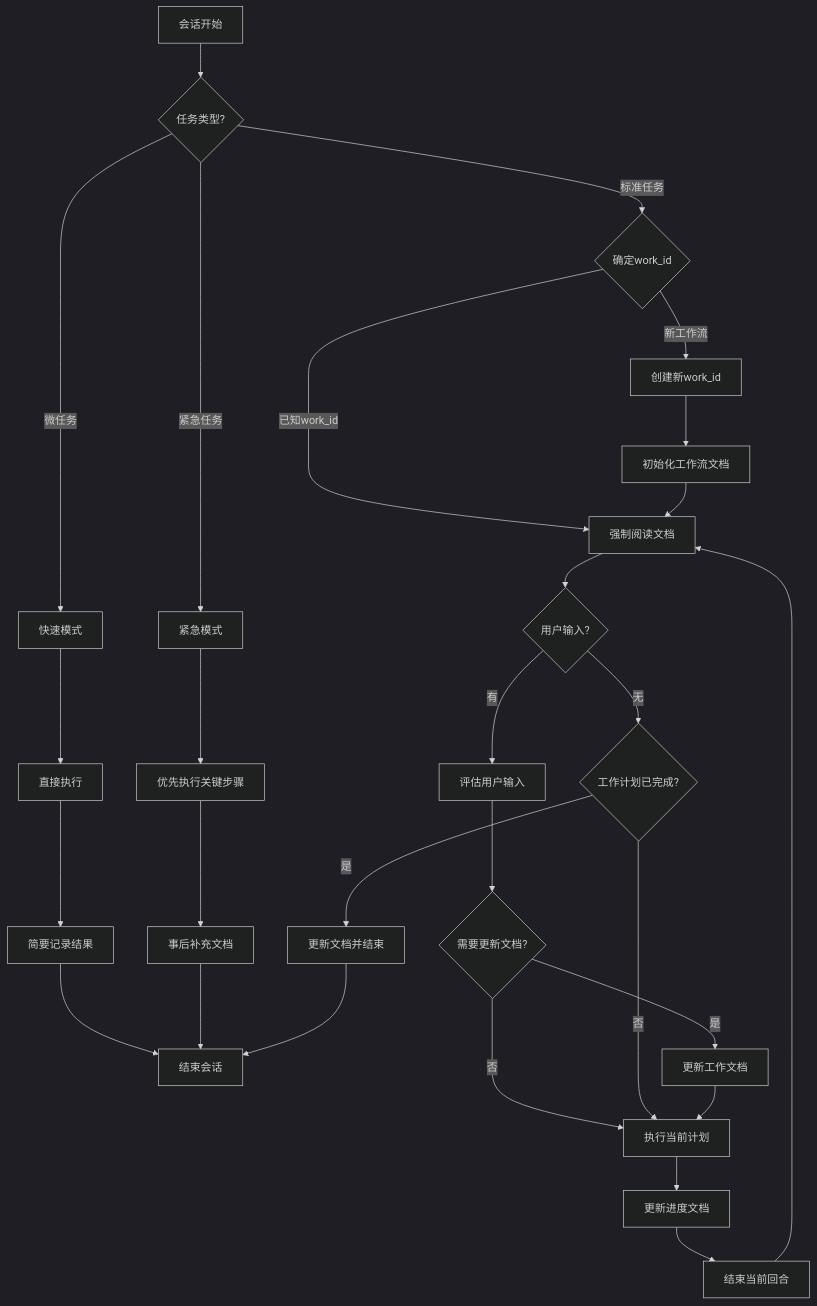
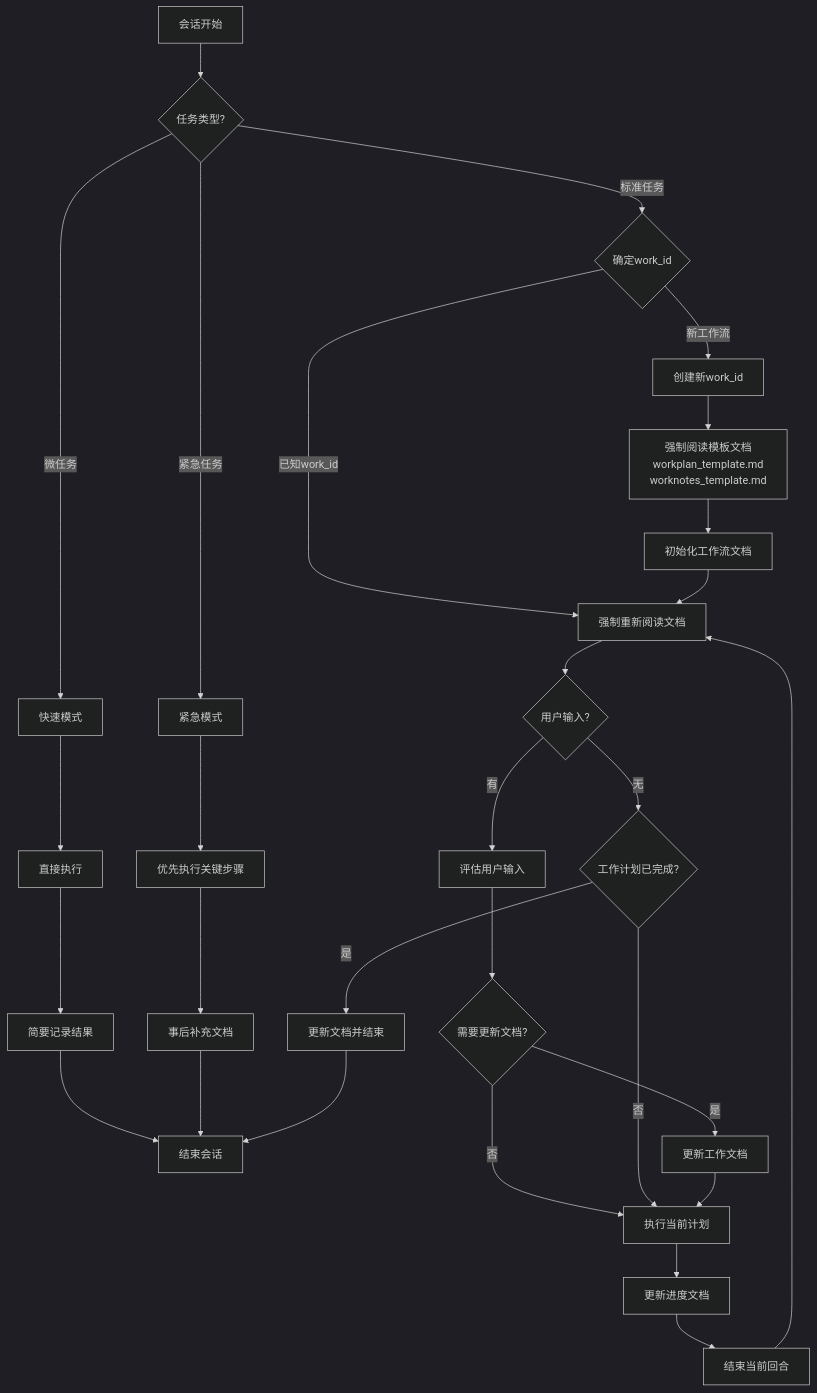
Before and after one commit to wanjochan/self-evolve-ai: the diagram in docs/workflow.md, drawn with Mermaid (dark theme). The commit also changed other lines of this file and 52 other files, not shown here.

````diff
--- a/docs/workflow.md
+++ b/docs/workflow.md
@@ -7,38 +7,39 @@
 ```mermaid
 flowchart TD
     Start[会话开始] --> TaskType{任务类型?}
     TaskType -->|标准任务| CheckWorkId{确定work_id}
     TaskType -->|微任务| QuickMode[快速模式]
     TaskType -->|紧急任务| UrgentMode[紧急模式]
     
     QuickMode --> SimpleExecute[直接执行]
     SimpleExecute --> QuickLog[简要记录结果]
     QuickLog --> End[结束会话]
     
     UrgentMode --> UrgentExecute[优先执行关键步骤]
     UrgentExecute --> PostActionDoc[事后补充文档]
     PostActionDoc --> End
     
-    CheckWorkId --> |已知work_id| ReadDocs[强制阅读文档]
+    CheckWorkId --> |已知work_id| ReadDocs[强制重新阅读文档]
     CheckWorkId --> |新工作流| CreateWorkId[创建新work_id]
-    CreateWorkId --> InitDocs[初始化工作流文档]
+    CreateWorkId --> ReadTemplates[强制阅读模板文档<br/>workplan_template.md<br/>worknotes_template.md]
+    ReadTemplates --> InitDocs[初始化工作流文档]
     InitDocs --> ReadDocs
     
     ReadDocs --> CheckInput{用户输入?}
     
     CheckInput -->|有| EvaluateInput[评估用户输入]
     EvaluateInput --> UpdateNeeded{需要更新文档?}
     UpdateNeeded -->|是| UpdateDocs[更新工作文档]
     UpdateNeeded -->|否| ExecutePlan[执行当前计划]
     
     CheckInput -->|无| CheckCompletion{工作计划已完成?}
     CheckCompletion -->|是| FinalUpdate[更新文档并结束]
     CheckCompletion -->|否| ExecutePlan[执行当前计划]
     
     UpdateDocs --> ExecutePlan
     ExecutePlan --> UpdateProgress[更新进度文档]
     UpdateProgress --> NextCycle[结束当前回合]
     NextCycle --> ReadDocs
     
     FinalUpdate --> End
 ```
````
